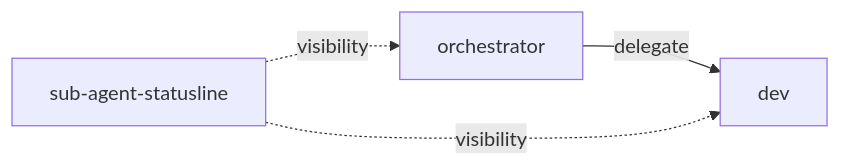
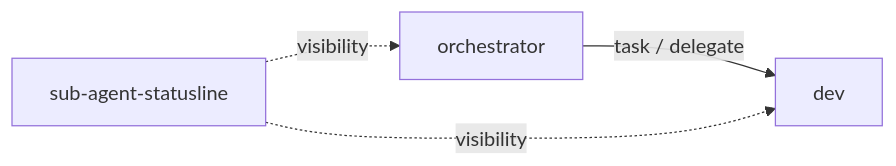
Before and after one commit to YoizenSA/dev-ai-workflow: the ninth of 9 diagrams in ywai/agents/WORKFLOW.md, drawn with Mermaid. The commit also changed other lines of this file and 4 other files, not shown here.

First line of the commit message:
docs(agents): add improvements roadmap and clarify delegation tools

````diff
--- a/ywai/agents/WORKFLOW.md
+++ b/ywai/agents/WORKFLOW.md
@@ -136,6 +149,6 @@
 ```mermaid
 graph LR
-    O[orchestrator] -->|delegate| D[dev]
+    O[orchestrator] -->|task / delegate| D[dev]
     SL[sub-agent-statusline] -.->|visibility| O
     SL -.->|visibility| D
 ```
````
